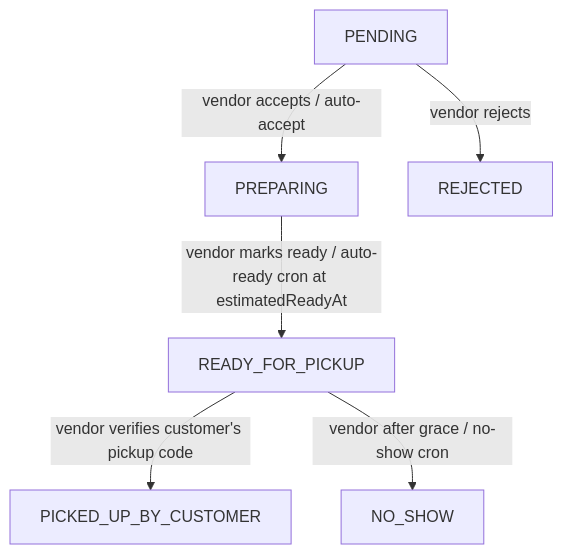
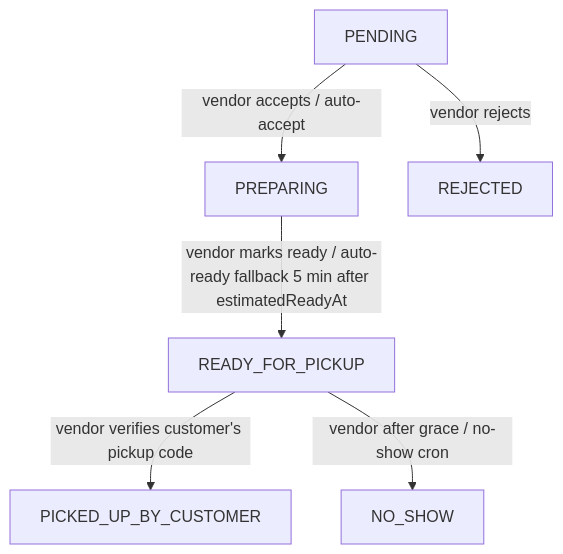
Before and after one commit to deligo-pt/deligo-food-backend-docs: the second of 2 diagrams in content/docs/03-orders/order-lifecycle.md, drawn with Mermaid. The commit also changed 10 other files, not shown here.

````diff
--- a/content/docs/03-orders/order-lifecycle.md
+++ b/content/docs/03-orders/order-lifecycle.md
@@ -108,8 +108,8 @@
 ```mermaid
 flowchart TD
     P["PENDING"] -->|"vendor accepts / auto-accept"| PR["PREPARING"]
     P -->|"vendor rejects"| RJ["REJECTED"]
-    PR -->|"vendor marks ready / auto-ready cron at estimatedReadyAt"| RP["READY_FOR_PICKUP"]
+    PR -->|"vendor marks ready / auto-ready fallback 5 min after estimatedReadyAt"| RP["READY_FOR_PICKUP"]
     RP -->|"vendor verifies customer's pickup code"| PC["PICKED_UP_BY_CUSTOMER"]
     RP -->|"vendor after grace / no-show cron"| NS["NO_SHOW"]
 ```
````
